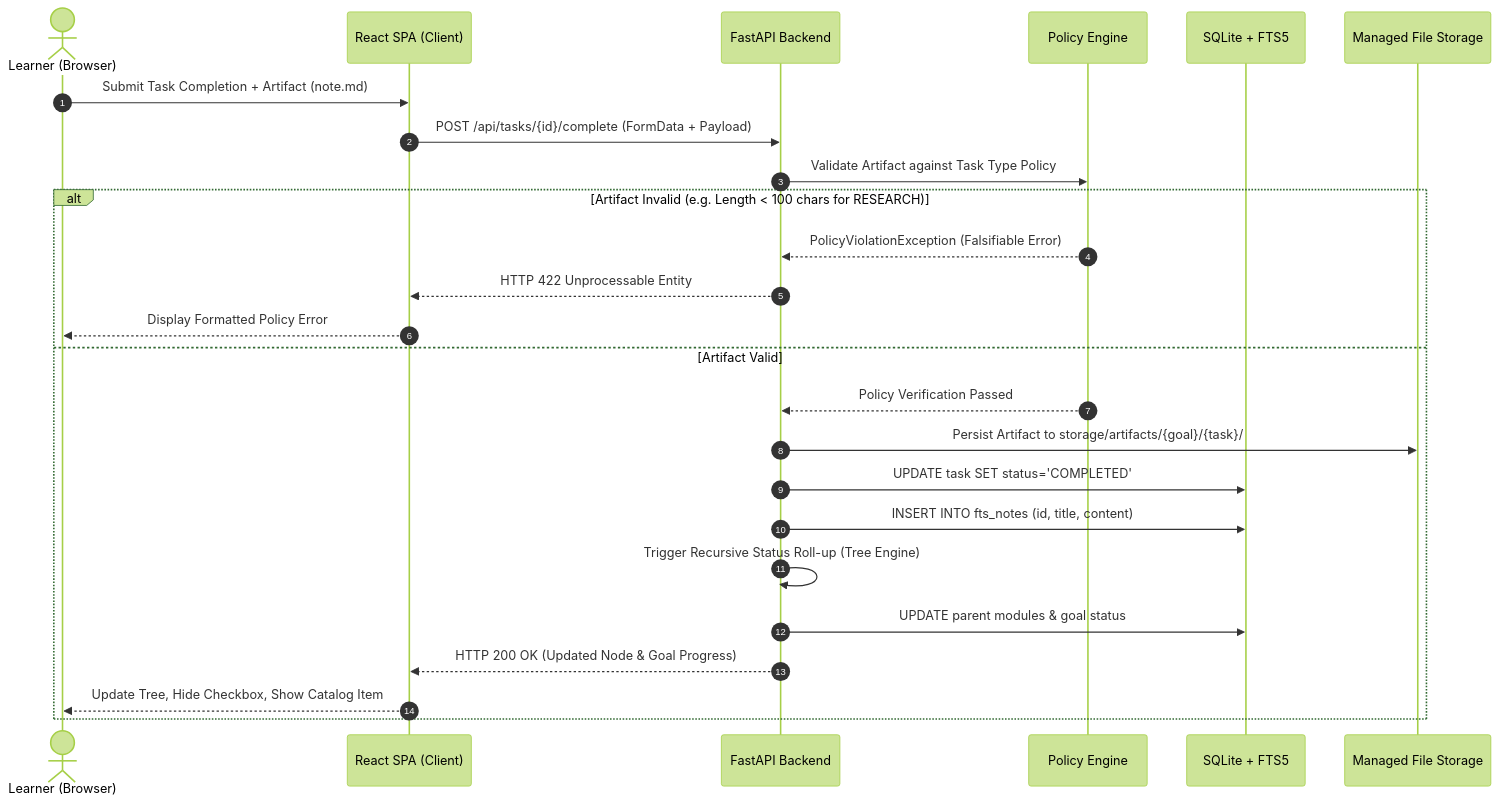
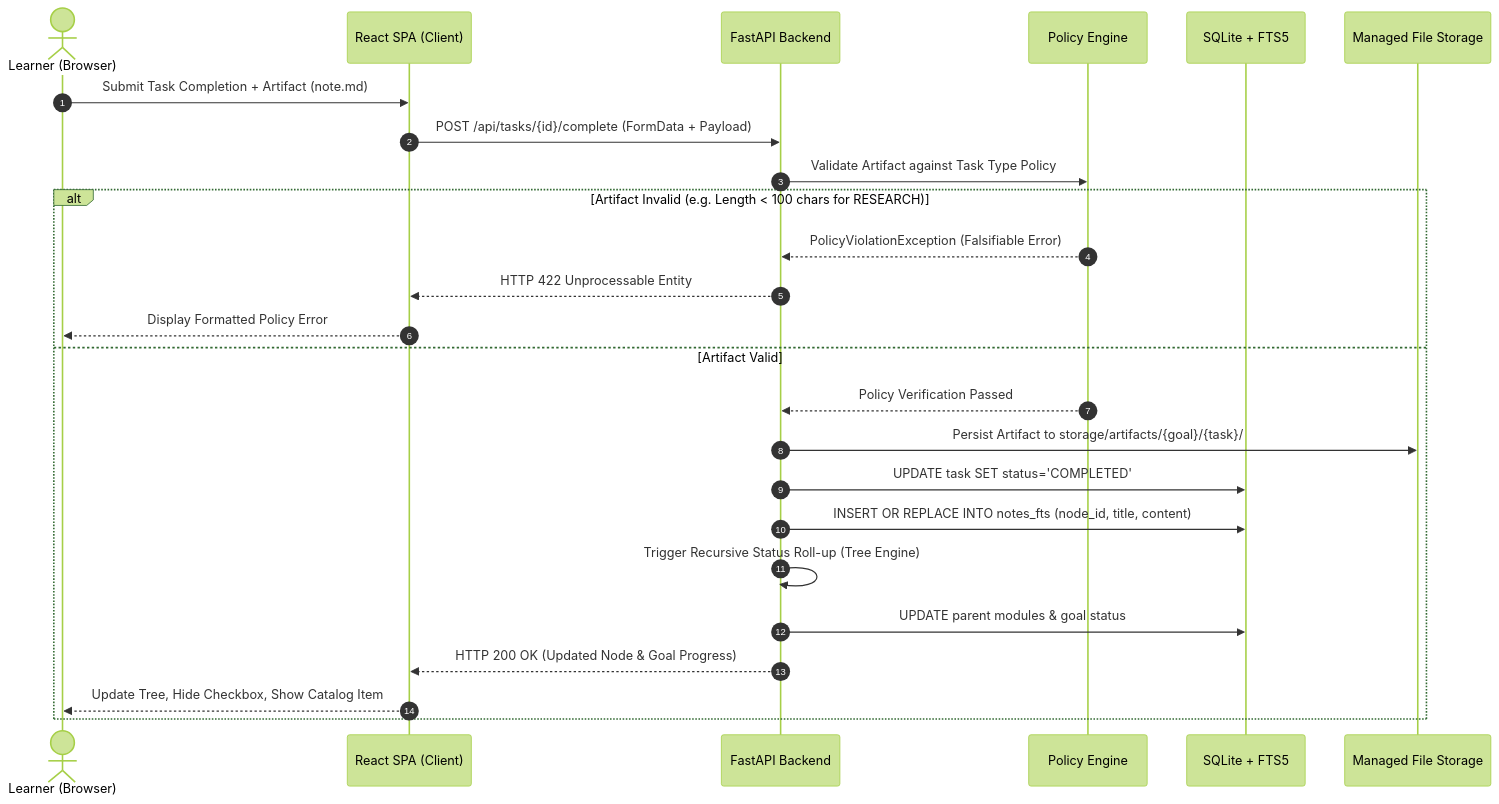
Before and after one commit to MaksymKorniienko/learning_management_system: the first of 4 diagrams in spec/srs.md, drawn with Mermaid (forest theme). The commit also changed other lines of this file and 1 other file, not shown here.

````diff
--- a/spec/srs.md
+++ b/spec/srs.md
@@ -241,28 +241,28 @@
 ```mermaid
 sequenceDiagram
     autonumber
     actor User as Learner (Browser)
     participant UI as React SPA (Client)
     participant API as FastAPI Backend
     participant Policy as Policy Engine
     participant DB as SQLite + FTS5
     participant FS as Managed File Storage
 
     User->>UI: Submit Task Completion + Artifact (note.md)
     UI->>API: POST /api/tasks/{id}/complete (FormData + Payload)
     API->>Policy: Validate Artifact against Task Type Policy
     alt Artifact Invalid (e.g. Length < 100 chars for RESEARCH)
         Policy-->>API: PolicyViolationException (Falsifiable Error)
         API-->>UI: HTTP 422 Unprocessable Entity
         UI-->>User: Display Formatted Policy Error
     else Artifact Valid
         Policy-->>API: Policy Verification Passed
         API->>FS: Persist Artifact to storage/artifacts/{goal}/{task}/
         API->>DB: UPDATE task SET status='COMPLETED'
-        API->>DB: INSERT INTO fts_notes (id, title, content)
+        API->>DB: INSERT OR REPLACE INTO notes_fts (node_id, title, content)
         API->>API: Trigger Recursive Status Roll-up (Tree Engine)
         API->>DB: UPDATE parent modules & goal status
         API-->>UI: HTTP 200 OK (Updated Node & Goal Progress)
         UI-->>User: Update Tree, Hide Checkbox, Show Catalog Item
     end
 ```
````
